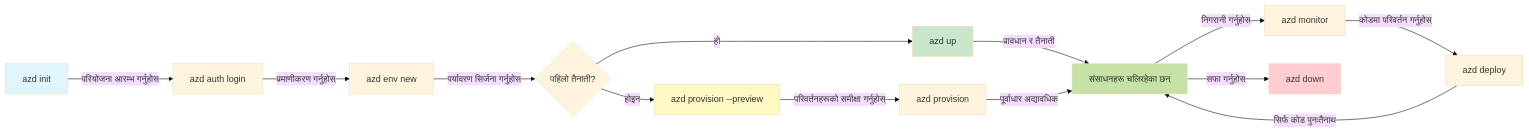
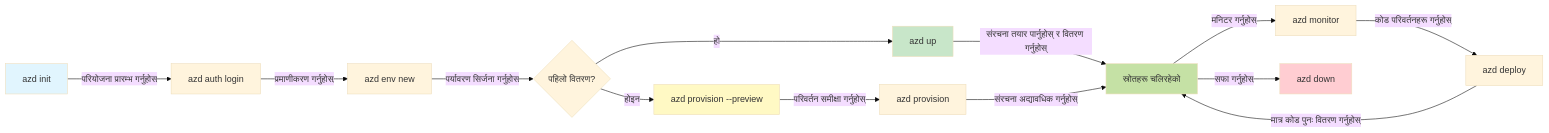
One commit to microsoft/AZD-for-beginners changed the first of 2 diagrams in translations/ne/docs/chapter-01-foundation/azd-basics.md. Above: the diagram before and after it, drawn with Mermaid (base theme). The commit also changed other lines of this file and 101 other files, not shown here.

````diff
--- a/translations/ne/docs/chapter-01-foundation/azd-basics.md
+++ b/translations/ne/docs/chapter-01-foundation/azd-basics.md
@@ -271,21 +269,21 @@
 ```mermaid
 graph LR
-    A[azd init] -->|परियोजना आरम्भ गर्नुहोस्| B[azd auth login]
+    A[azd init] -->|परियोजना प्रारम्भ गर्नुहोस्| B[azd auth login]
     B -->|प्रमाणीकरण गर्नुहोस्| C[azd env new]
-    C -->|पर्यावरण सिर्जना गर्नुहोस्| D{पहिलो तैनाती?}
+    C -->|पर्यावरण सिर्जना गर्नुहोस्| D{पहिलो वितरण?}
     D -->|हो| E[azd up]
     D -->|होइन| F[azd provision --preview]
-    F -->|परिवर्तनहरूको समीक्षा गर्नुहोस्| G[azd provision]
-    E -->|प्रावधान र तैनाती| H[संसाधनहरू चलिरहेका छन्]
-    G -->|पूर्वाधार अद्यावधिक| H
-    H -->|निगरानी गर्नुहोस्| I[azd monitor]
-    I -->|कोडमा परिवर्तन गर्नुहोस्| J[azd deploy]
-    J -->|सिर्फ कोड पुनःतैनाथ| H
+    F -->|परिवर्तन समीक्षा गर्नुहोस्| G[azd provision]
+    E -->|संरचना तयार पार्नुहोस् र वितरण गर्नुहोस्| H[स्रोतहरू चलिरहेको]
+    G -->|संरचना अद्यावधिक गर्नुहोस्| H
+    H -->|मनिटर गर्नुहोस्| I[azd monitor]
+    I -->|कोड परिवर्तनहरू गर्नुहोस्| J[azd deploy]
+    J -->|मात्र कोड पुनः वितरण गर्नुहोस्| H
     H -->|सफा गर्नुहोस्| K[azd down]
     
     style A fill:#e1f5fe
     style E fill:#c8e6c9
     style F fill:#fff9c4
     style H fill:#c5e1a5
     style K fill:#ffcdd2
 ```
````
